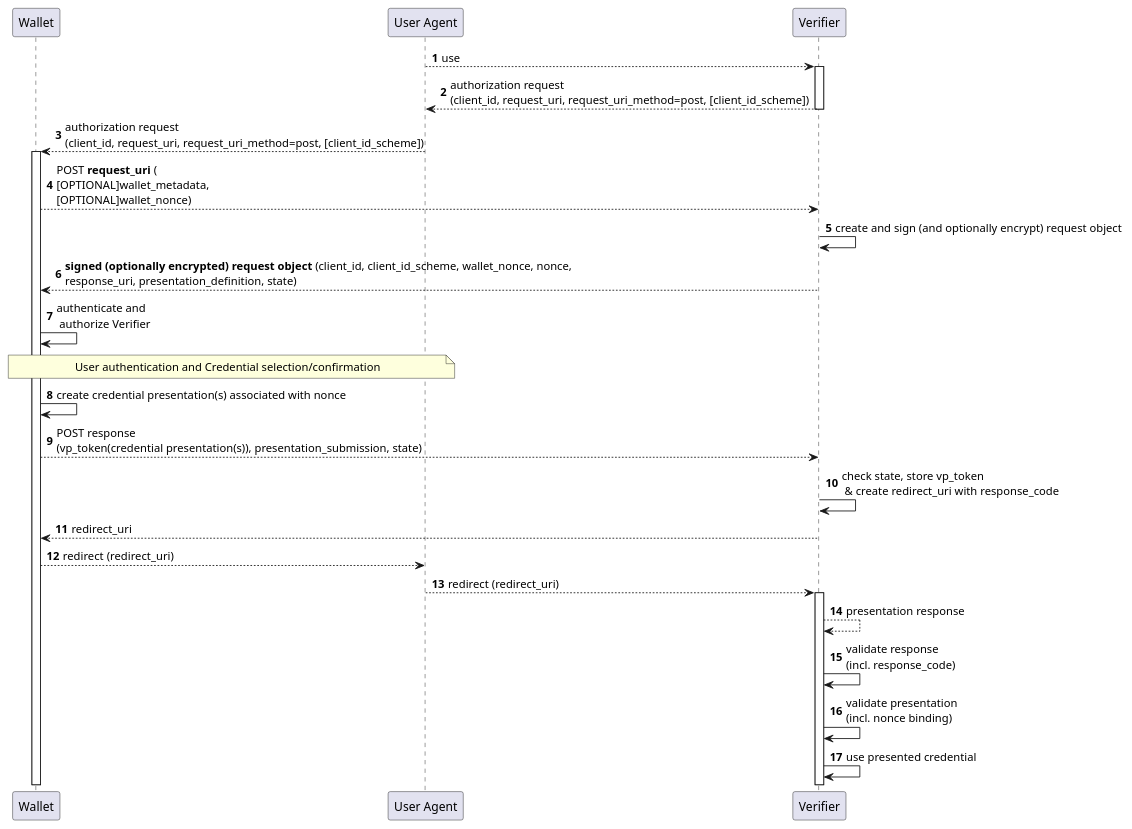
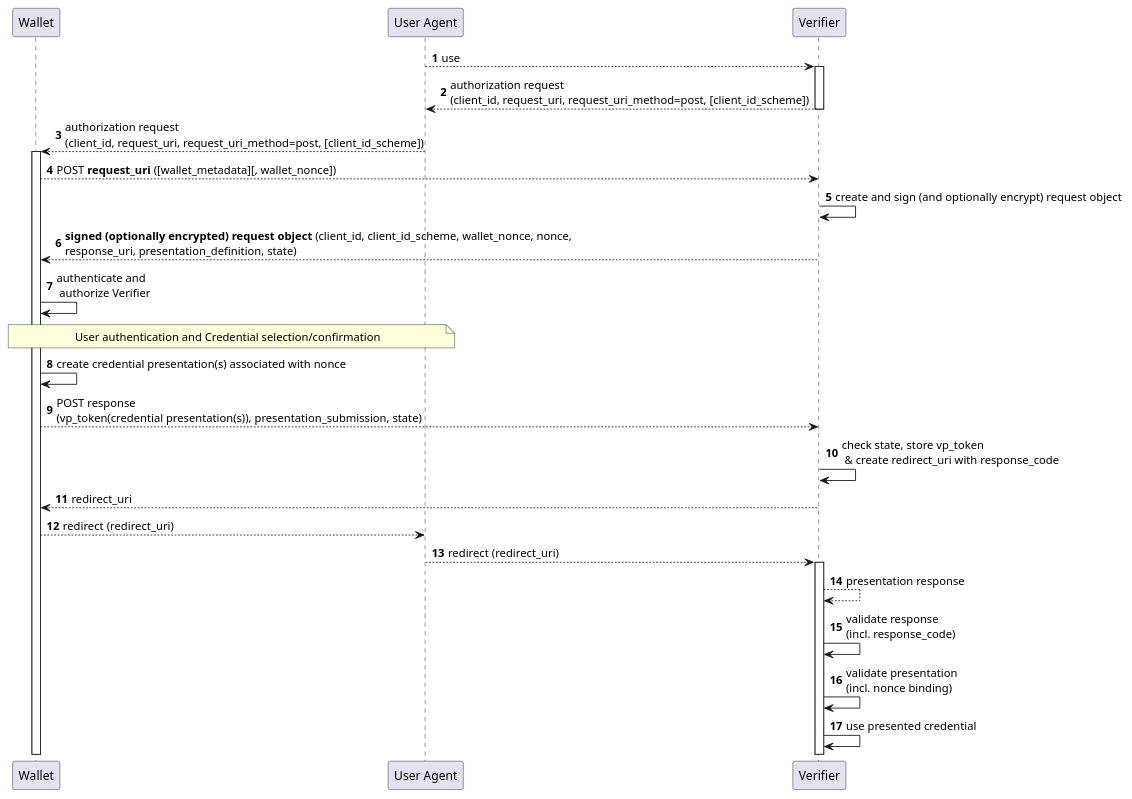
One commit to openid/OpenID4VP changed the diagram in diagrams/request_uri_mode_post.md. Above: the diagram before and after it, drawn with PlantUML.

````diff
--- a/diagrams/request_uri_mode_post.md
+++ b/diagrams/request_uri_mode_post.md
@@ -1,38 +1,38 @@
 ```plantuml
 @startuml
 
 autonumber
 
 participant "Wallet" as w
 
 participant "User Agent" as u
 
 participant "Verifier" as r
 
 u --> r : use
 activate r
 
 r --> u: authorization request\n(client_id, request_uri, request_uri_method=post, [client_id_scheme])
 deactivate r
 u --> w: authorization request\n(client_id, request_uri, request_uri_method=post, [client_id_scheme])
 activate w
-w --> r: POST **request_uri** (\n[OPTIONAL]wallet_metadata, \n[OPTIONAL]wallet_nonce)
+w --> r: POST **request_uri** ([wallet_metadata][, wallet_nonce])
 r -> r: create and sign (and optionally encrypt) request object 
 r --> w: **signed (optionally encrypted) request object** (client_id, client_id_scheme, wallet_nonce, nonce, \nresponse_uri, presentation_definition, state)
 w -> w: authenticate and\n authorize Verifier
 
 note over u, w: User authentication and Credential selection/confirmation
 
 w -> w: create credential presentation(s) associated with nonce
 w --> r: POST response \n(vp_token(credential presentation(s)), presentation_submission, state)
 r -> r: check state, store vp_token\n & create redirect_uri with response_code
 r --> w: redirect_uri
 w --> u: redirect (redirect_uri)
 u --> r: redirect (redirect_uri)
 activate r
 r --> r: presentation response
 r -> r: validate response \n(incl. response_code)
 r -> r: validate presentation \n(incl. nonce binding)
 r -> r: use presented credential 
 @enduml
 ```
````
